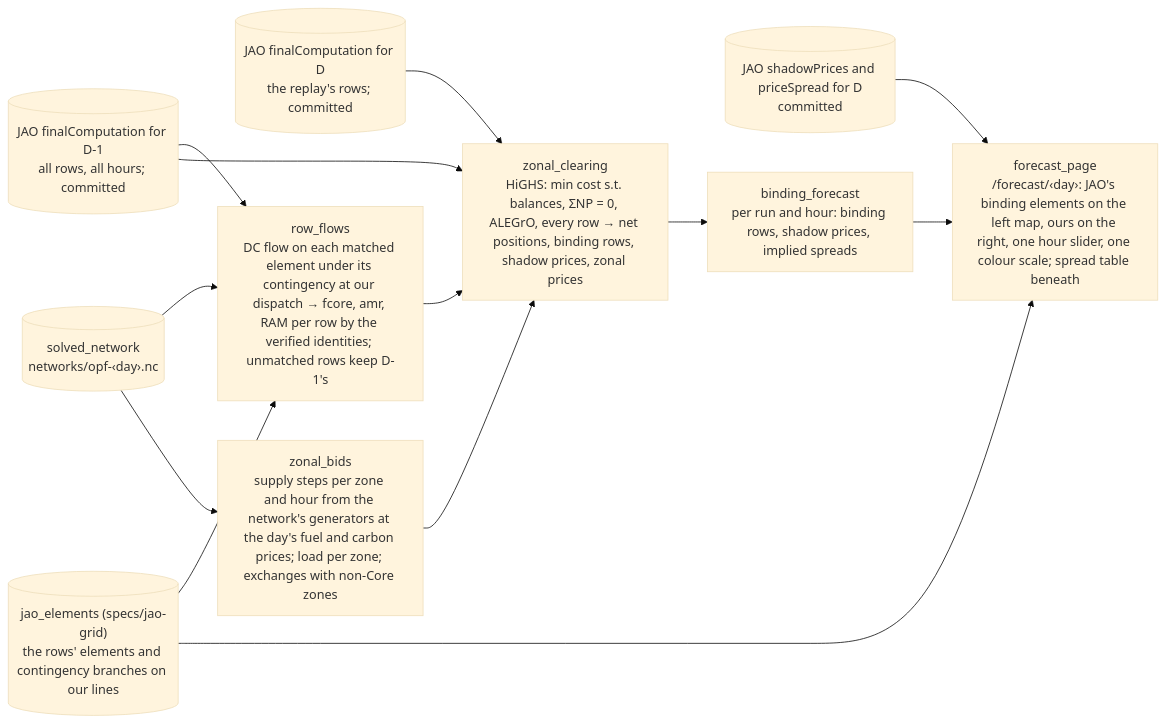
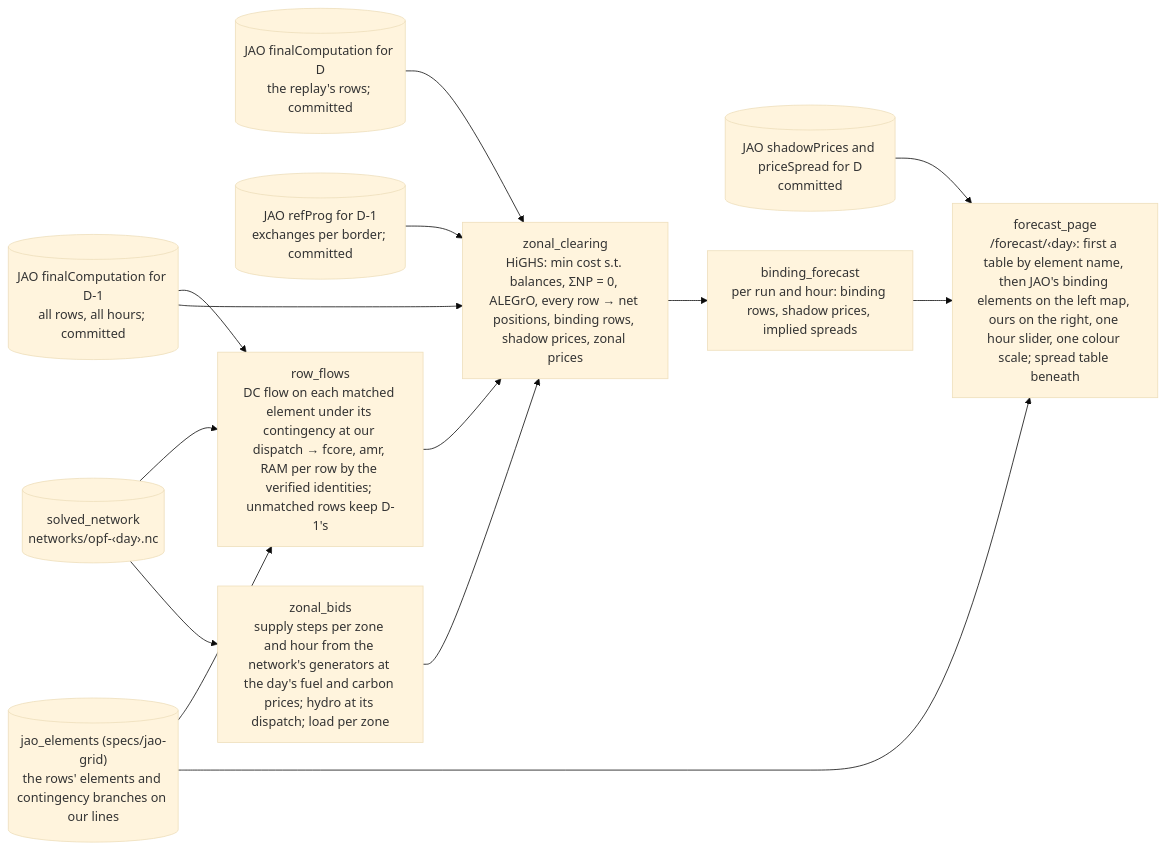
The diagram in wiki/specs/core-congestion-forecast.md (zoltanmaric/coppersushi), drawn with Mermaid (base theme) before and after one commit. The commit also changed other lines of this file, not shown here.

First line of the commit message:
Forecast spec: what the goldfish found

````diff
--- a/wiki/specs/core-congestion-forecast.md
+++ b/wiki/specs/core-congestion-forecast.md
@@ -41,26 +45,28 @@
 ```mermaid
 flowchart LR
 
     rows_dm1[("JAO finalComputation for D-1<br/>all rows, all hours; committed")]
     rows_d[("JAO finalComputation for D<br/>the replay's rows; committed")]
     truth[("JAO shadowPrices and priceSpread for D<br/>committed")]
+    refprog[("JAO refProg for D-1<br/>exchanges per border; committed")]
     grid[("solved_network<br/>networks/opf-‹day›.nc")]
     elements[("jao_elements (specs/jao-grid)<br/>the rows' elements and contingency branches on our lines")]
 
-    bids["zonal_bids<br/>supply steps per zone and hour from the network's generators at the day's fuel and carbon prices; load per zone; exchanges with non-Core zones"]
+    bids["zonal_bids<br/>supply steps per zone and hour from the network's generators at the day's fuel and carbon prices; hydro at its dispatch; load per zone"]
     flows["row_flows<br/>DC flow on each matched element under its contingency at our dispatch → fcore, amr, RAM per row by the verified identities; unmatched rows keep D-1's"]
     lp["zonal_clearing<br/>HiGHS: min cost s.t. balances, ΣNP = 0, ALEGrO, every row → net positions, binding rows, shadow prices, zonal prices"]
     forecast["binding_forecast<br/>per run and hour: binding rows, shadow prices, implied spreads"]
-    page["forecast_page<br/>/forecast/‹day›: JAO's binding elements on the left map, ours on the right, one hour slider, one colour scale; spread table beneath"]
+    page["forecast_page<br/>/forecast/‹day›: first a table by element name, then JAO's binding elements on the left map, ours on the right, one hour slider, one colour scale; spread table beneath"]
 
     rows_dm1 --> flows
     grid --> flows
     elements --> flows
     flows --> lp
     rows_dm1 --> lp
     rows_d --> lp
     grid --> bids --> lp
+    refprog --> lp
     lp --> forecast --> page
     truth --> page
     elements --> page
 ```
````
